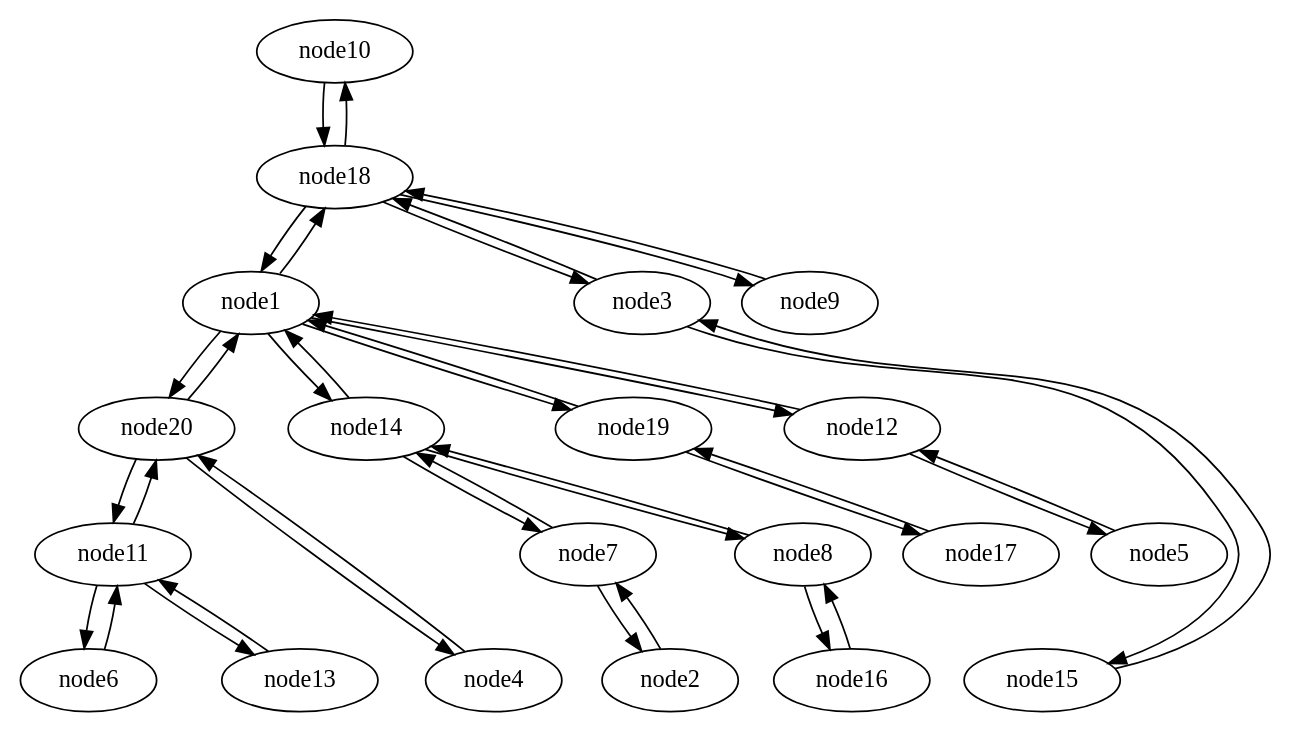
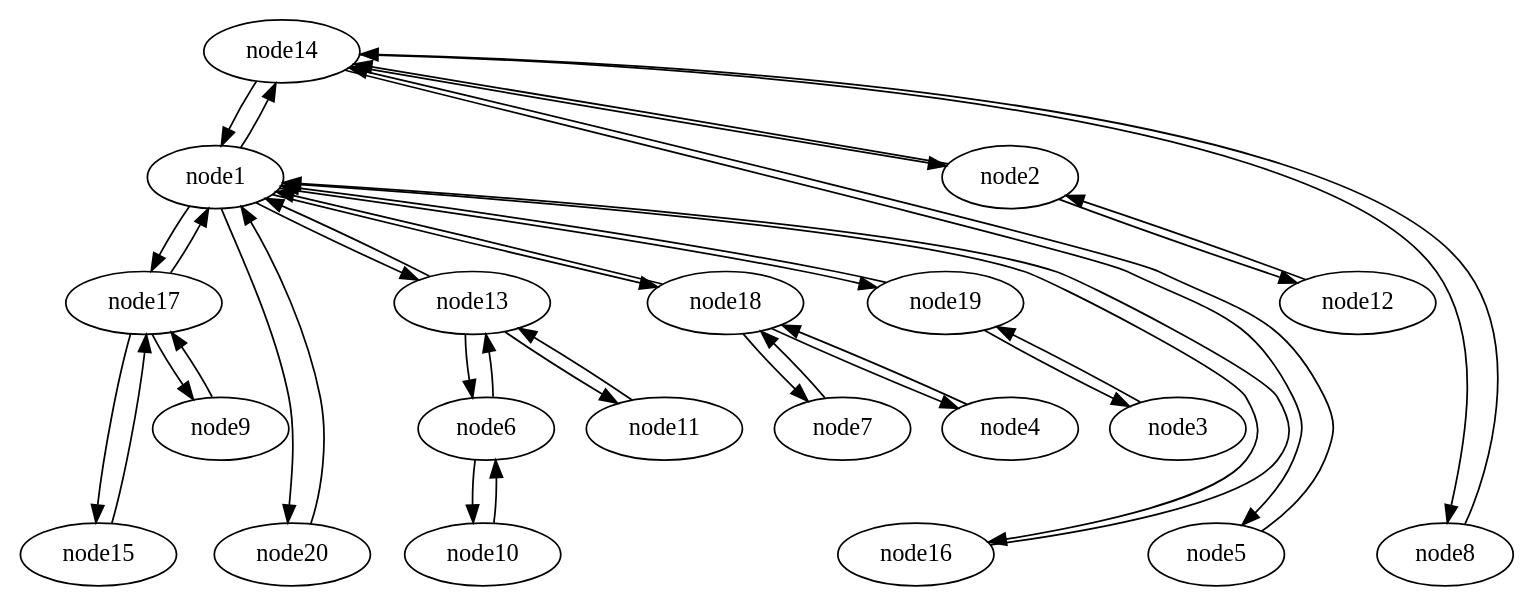
One commit to c12s/plumtree changed the diagram in graphs/tree_t1_before.gv. Above: the diagram before and after it, drawn with Graphviz. The commit also changed 10 other files, not shown here.

```diff
--- a/graphs/tree_t1_before.gv
+++ b/graphs/tree_t1_before.gv
@@ -1,120 +1,120 @@
 strict digraph {
 
 
+	"node14" [  weight=0 ];
+
+	"node14" -> "node1" [  weight=0 ];
+
+	"node14" -> "node5" [  weight=0 ];
+
+	"node14" -> "node2" [  weight=0 ];
+
+	"node14" -> "node8" [  weight=0 ];
+
+	"node15" [  weight=0 ];
+
+	"node15" -> "node17" [  weight=0 ];
+
+	"node20" [  weight=0 ];
+
+	"node20" -> "node1" [  weight=0 ];
+
 	"node10" [  weight=0 ];
 
-	"node10" -> "node18" [  weight=0 ];
+	"node10" -> "node6" [  weight=0 ];
+
+	"node11" [  weight=0 ];
+
+	"node11" -> "node13" [  weight=0 ];
+
+	"node17" [  weight=0 ];
+
+	"node17" -> "node9" [  weight=0 ];
+
+	"node17" -> "node1" [  weight=0 ];
+
+	"node17" -> "node15" [  weight=0 ];
+
+	"node6" [  weight=0 ];
+
+	"node6" -> "node10" [  weight=0 ];
+
+	"node6" -> "node13" [  weight=0 ];
+
+	"node1" [  weight=0 ];
+
+	"node1" -> "node17" [  weight=0 ];
+
+	"node1" -> "node18" [  weight=0 ];
+
+	"node1" -> "node19" [  weight=0 ];
+
+	"node1" -> "node20" [  weight=0 ];
+
+	"node1" -> "node13" [  weight=0 ];
+
+	"node1" -> "node14" [  weight=0 ];
+
+	"node1" -> "node16" [  weight=0 ];
+
+	"node3" [  weight=0 ];
+
+	"node3" -> "node19" [  weight=0 ];
+
+	"node5" [  weight=0 ];
+
+	"node5" -> "node14" [  weight=0 ];
+
+	"node16" [  weight=0 ];
+
+	"node16" -> "node1" [  weight=0 ];
 
 	"node18" [  weight=0 ];
 
 	"node18" -> "node1" [  weight=0 ];
 
-	"node18" -> "node3" [  weight=0 ];
+	"node18" -> "node7" [  weight=0 ];
 
-	"node18" -> "node10" [  weight=0 ];
-
-	"node18" -> "node9" [  weight=0 ];
+	"node18" -> "node4" [  weight=0 ];
 
 	"node2" [  weight=0 ];
 
-	"node2" -> "node7" [  weight=0 ];
+	"node2" -> "node12" [  weight=0 ];
 
-	"node9" [  weight=0 ];
-
-	"node9" -> "node18" [  weight=0 ];
-
-	"node11" [  weight=0 ];
-
-	"node11" -> "node6" [  weight=0 ];
-
-	"node11" -> "node13" [  weight=0 ];
-
-	"node11" -> "node20" [  weight=0 ];
-
-	"node14" [  weight=0 ];
-
-	"node14" -> "node7" [  weight=0 ];
-
-	"node14" -> "node8" [  weight=0 ];
-
-	"node14" -> "node1" [  weight=0 ];
+	"node2" -> "node14" [  weight=0 ];
 
 	"node19" [  weight=0 ];
 
+	"node19" -> "node3" [  weight=0 ];
+
 	"node19" -> "node1" [  weight=0 ];
-
-	"node19" -> "node17" [  weight=0 ];
-
-	"node17" [  weight=0 ];
-
-	"node17" -> "node19" [  weight=0 ];
-
-	"node3" [  weight=0 ];
-
-	"node3" -> "node15" [  weight=0 ];
-
-	"node3" -> "node18" [  weight=0 ];
-
-	"node6" [  weight=0 ];
-
-	"node6" -> "node11" [  weight=0 ];
-
-	"node5" [  weight=0 ];
-
-	"node5" -> "node12" [  weight=0 ];
-
-	"node15" [  weight=0 ];
-
-	"node15" -> "node3" [  weight=0 ];
-
-	"node12" [  weight=0 ];
-
-	"node12" -> "node1" [  weight=0 ];
-
-	"node12" -> "node5" [  weight=0 ];
-
-	"node20" [  weight=0 ];
-
-	"node20" -> "node1" [  weight=0 ];
-
-	"node20" -> "node11" [  weight=0 ];
-
-	"node20" -> "node4" [  weight=0 ];
-
-	"node1" [  weight=0 ];
-
-	"node1" -> "node20" [  weight=0 ];
-
-	"node1" -> "node12" [  weight=0 ];
-
-	"node1" -> "node14" [  weight=0 ];
-
-	"node1" -> "node18" [  weight=0 ];
-
-	"node1" -> "node19" [  weight=0 ];
 
 	"node8" [  weight=0 ];
 
 	"node8" -> "node14" [  weight=0 ];
 
-	"node8" -> "node16" [  weight=0 ];
+	"node9" [  weight=0 ];
+
+	"node9" -> "node17" [  weight=0 ];
+
+	"node4" [  weight=0 ];
+
+	"node4" -> "node18" [  weight=0 ];
+
+	"node7" [  weight=0 ];
+
+	"node7" -> "node18" [  weight=0 ];
 
 	"node13" [  weight=0 ];
 
 	"node13" -> "node11" [  weight=0 ];
 
-	"node16" [  weight=0 ];
+	"node13" -> "node6" [  weight=0 ];
 
-	"node16" -> "node8" [  weight=0 ];
+	"node13" -> "node1" [  weight=0 ];
 
-	"node4" [  weight=0 ];
+	"node12" [  weight=0 ];
 
-	"node4" -> "node20" [  weight=0 ];
-
-	"node7" [  weight=0 ];
-
-	"node7" -> "node14" [  weight=0 ];
-
-	"node7" -> "node2" [  weight=0 ];
+	"node12" -> "node2" [  weight=0 ];
 
 }
```
